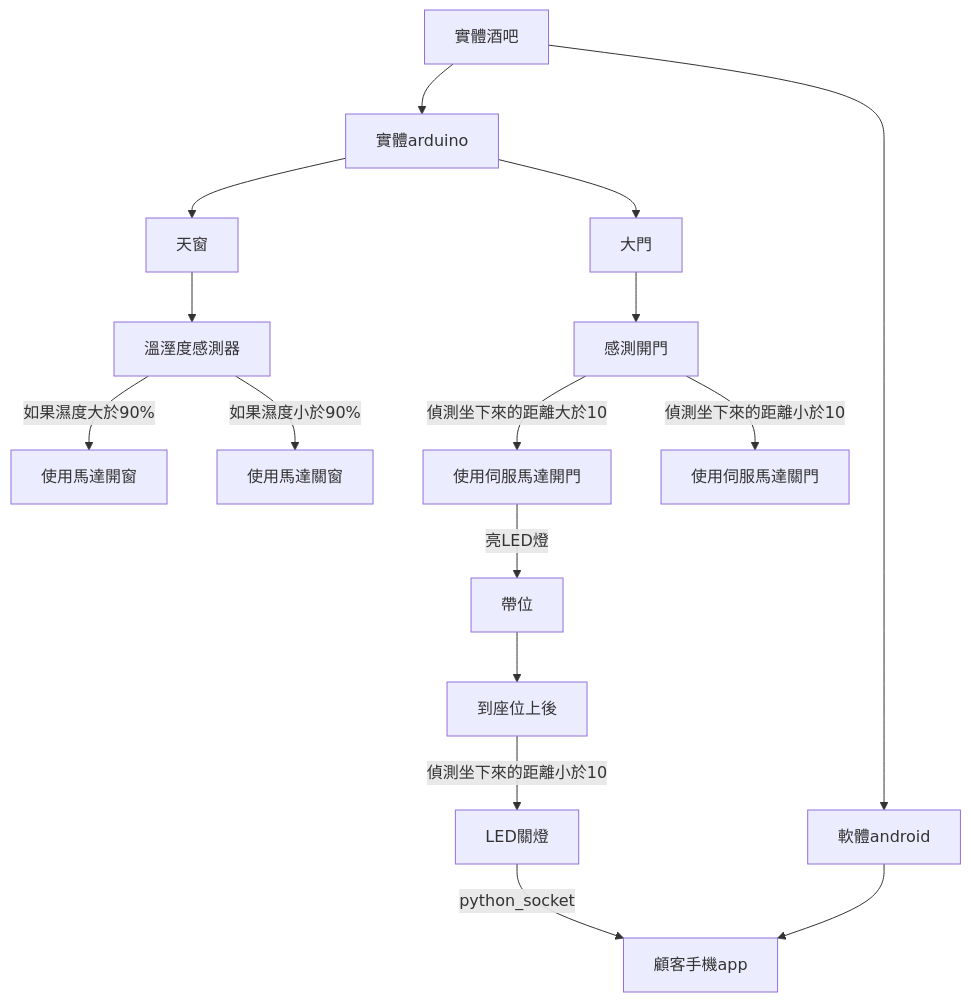
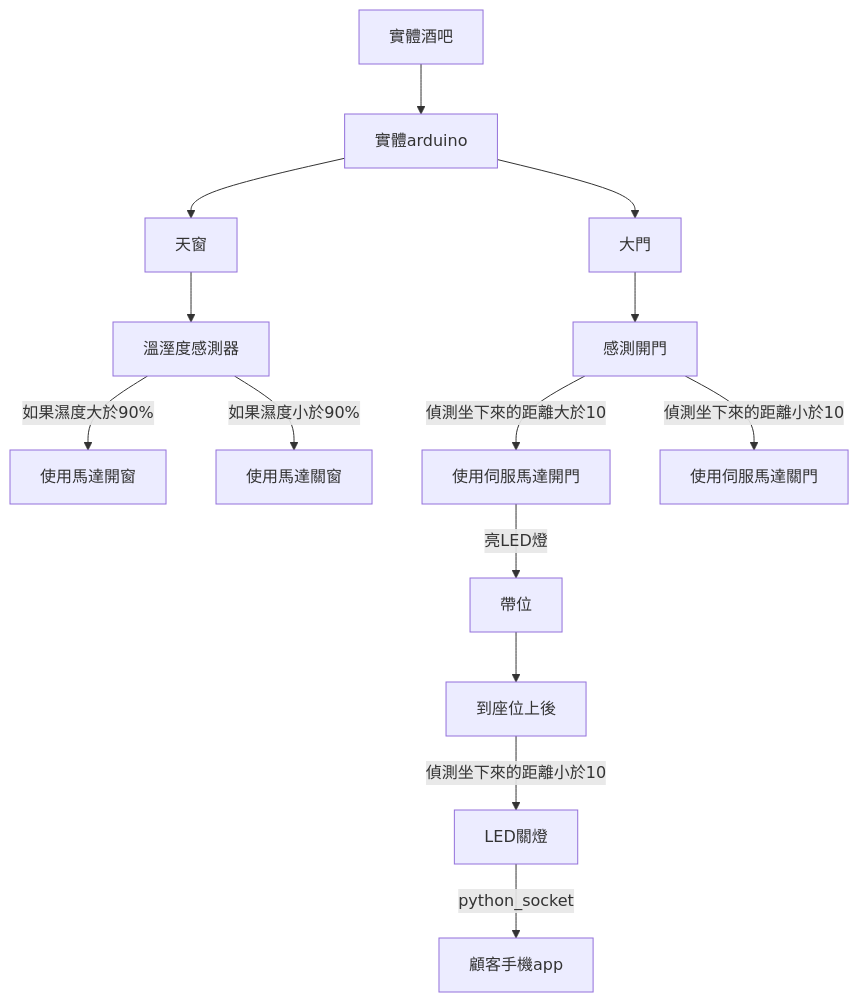
The first of 3 diagrams in README.md (huskyncu/Bar_Project), drawn with Mermaid before and after one commit. The commit also changed other lines of this file, not shown here.

````diff
--- a/README.md
+++ b/README.md
@@ -36,13 +36,11 @@
 ```mermaid
 graph TD;
 實體酒吧-->實體arduino;
-實體酒吧-->軟體android;
 實體arduino-->天窗;
 實體arduino-->大門;
-軟體android-->顧客手機app;
 天窗-->溫溼度感測器-->|如果濕度大於90%|使用馬達開窗;
 溫溼度感測器-->|如果濕度小於90%|使用馬達關窗;
 大門-->感測開門-->|偵測坐下來的距離大於10|使用伺服馬達開門-->|亮LED燈|帶位;
 帶位-->到座位上後-->|偵測坐下來的距離小於10|LED關燈-->|python_socket|顧客手機app;
 感測開門-->|偵測坐下來的距離小於10|使用伺服馬達關門;
 ```
````
